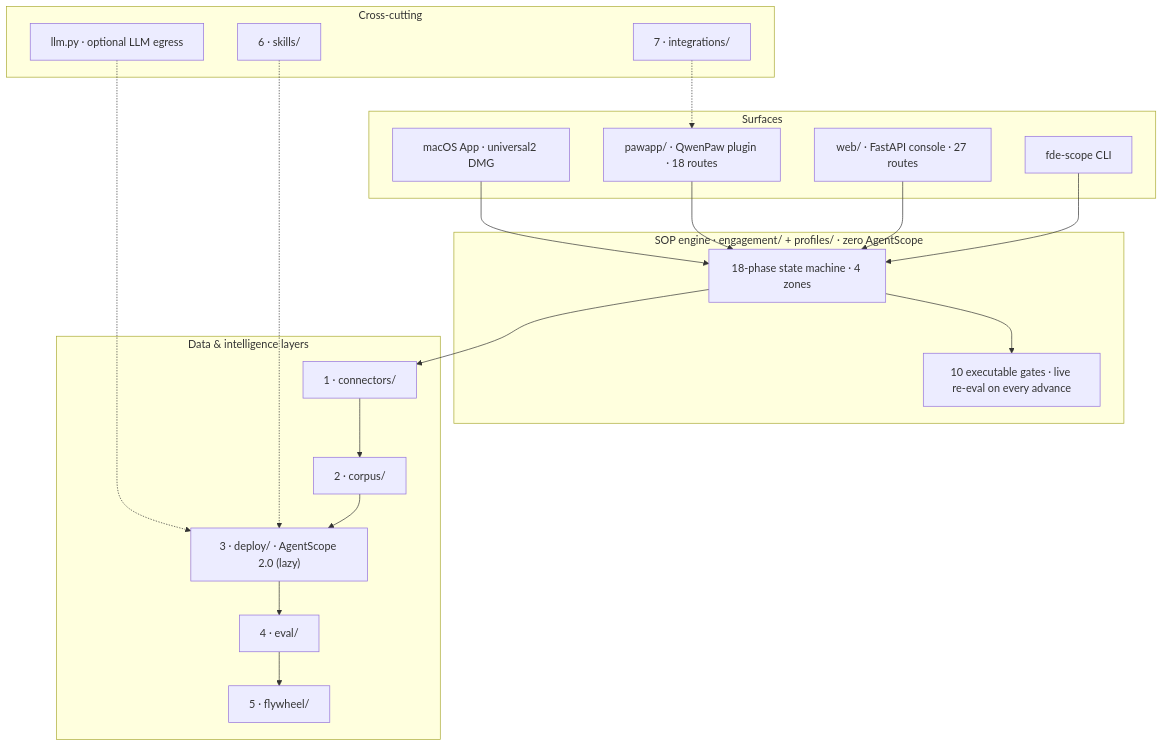
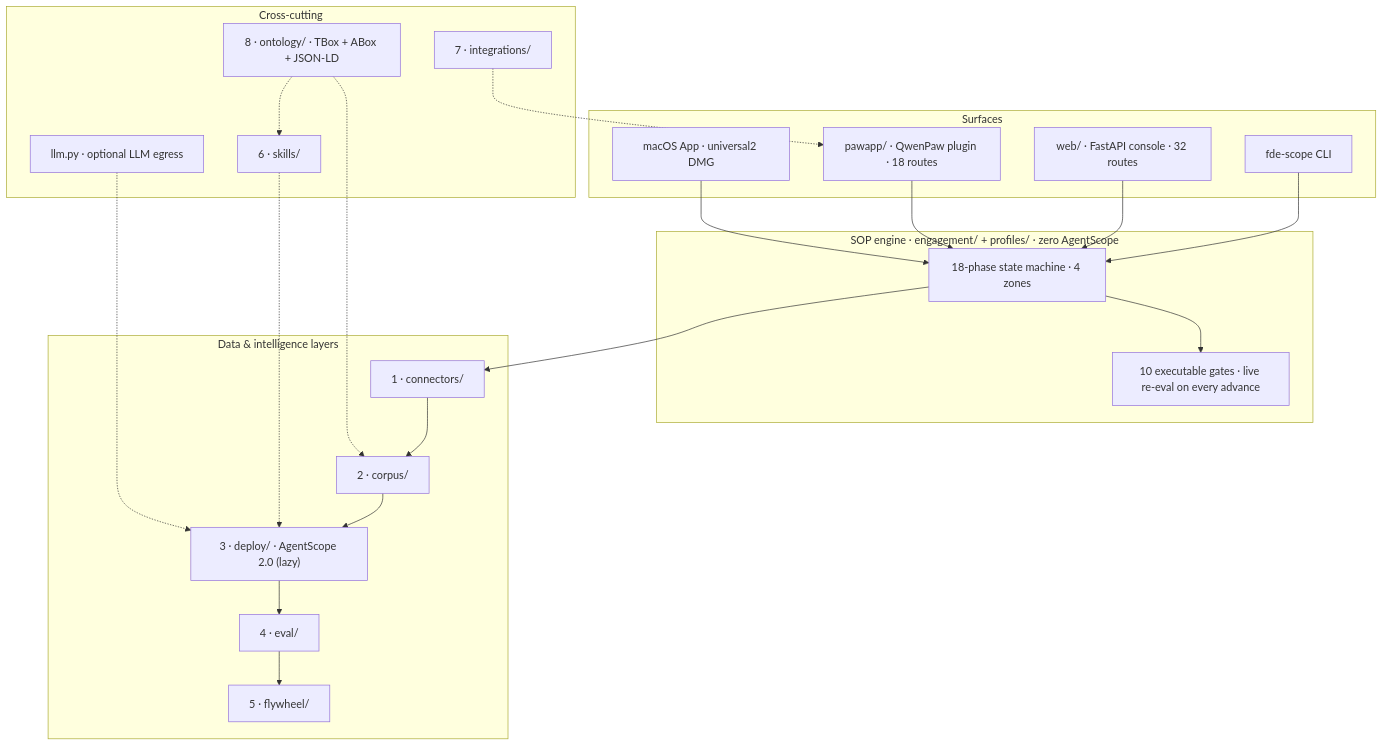
The diagram in README.md (ai-guru-global/fde-scope), drawn with Mermaid before and after one commit. The commit also changed other lines of this file and 2 other files, not shown here.

First line of the commit message:
docs(readme): cover the ontology module across surfaces, architecture and roadmap

````diff
--- a/README.md
+++ b/README.md
@@ -217,42 +222,45 @@
 ```mermaid
 graph TD
     subgraph surfaces["Surfaces"]
         CLI["fde-scope CLI"]
-        WEB["web/ · FastAPI console · 27 routes"]
+        WEB["web/ · FastAPI console · 32 routes"]
         PAW["pawapp/ · QwenPaw plugin · 18 routes"]
         MAC["macOS App · universal2 DMG"]
     end
 
     subgraph engine["SOP engine · engagement/ + profiles/ · zero AgentScope"]
         PH["18-phase state machine · 4 zones"]
         GT["10 executable gates · live re-eval on every advance"]
     end
 
     subgraph layers["Data & intelligence layers"]
         L1["1 · connectors/"]
         L2["2 · corpus/"]
         L3["3 · deploy/ · AgentScope 2.0 (lazy)"]
         L4["4 · eval/"]
         L5["5 · flywheel/"]
     end
 
     subgraph cross["Cross-cutting"]
         SK["6 · skills/"]
         INT["7 · integrations/"]
+        ONT["8 · ontology/ · TBox + ABox + JSON-LD"]
         LLM["llm.py · optional LLM egress"]
     end
 
     CLI --> PH
     WEB --> PH
     PAW --> PH
     MAC --> PH
     PH --> GT
     PH --> L1
     L1 --> L2
     L2 --> L3
     L3 --> L4
     L4 --> L5
     SK -.-> L3
     INT -.-> PAW
+    ONT -.-> L2
+    ONT -.-> SK
     LLM -.-> L3
 ```
````
